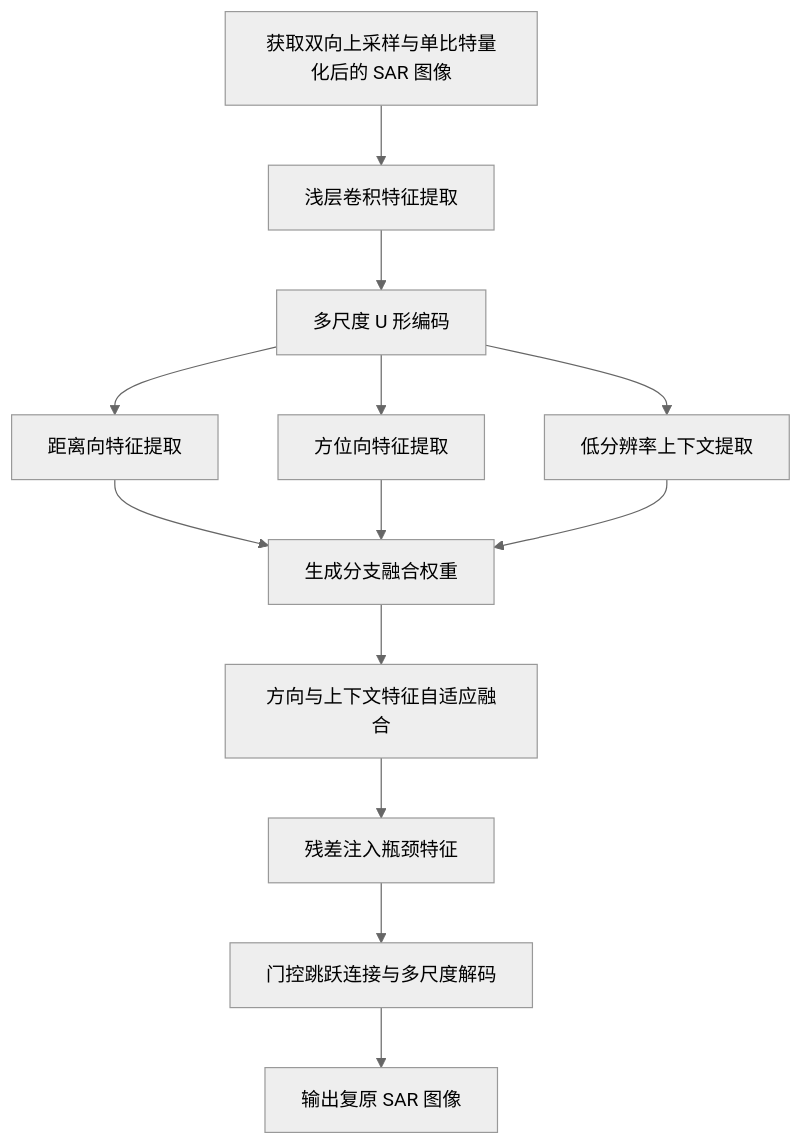
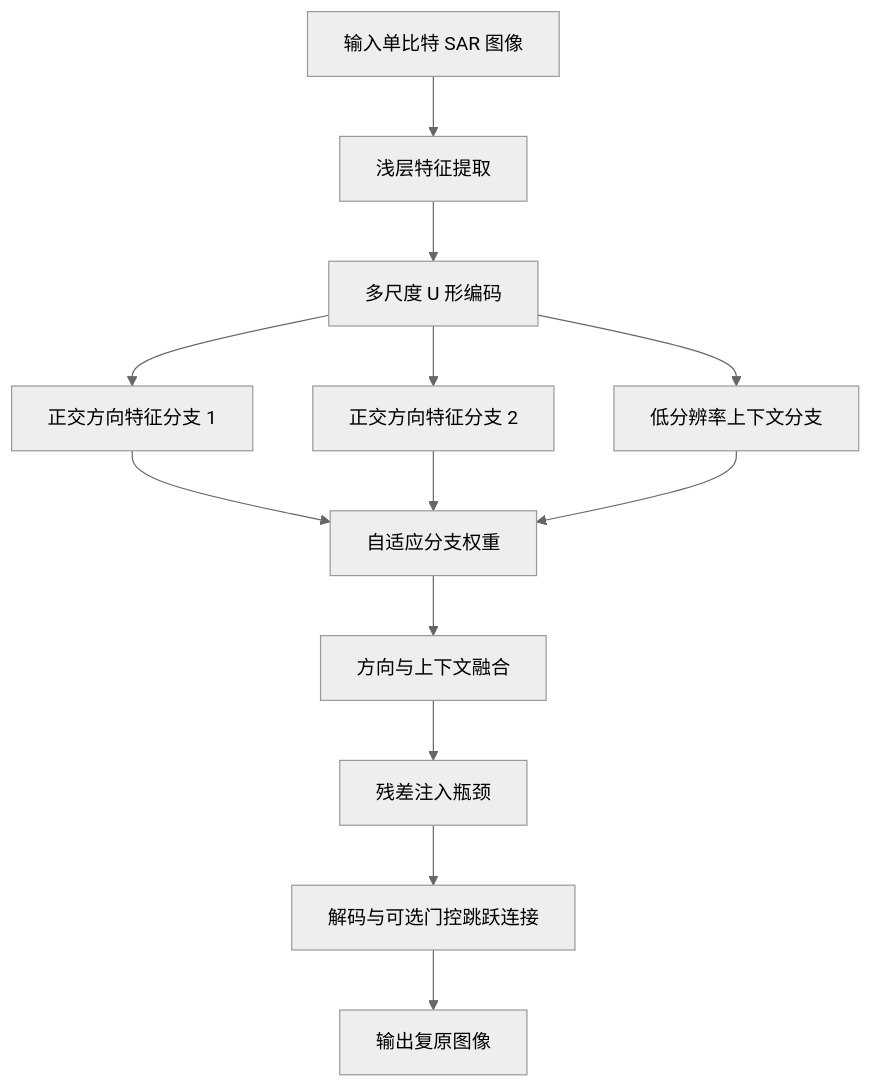
Before and after one commit to deathend110/BARU_Unet: the seventh of 8 diagrams in NAFNet模型改进建议.md, drawn with Mermaid (neutral theme). The commit also changed other lines of this file, not shown here.

````diff
--- a/NAFNet模型改进建议.md
+++ b/NAFNet模型改进建议.md
@@ -635,15 +813,15 @@
 ```mermaid
 flowchart TD
-    S1[获取双向上采样与单比特量化后的 SAR 图像] --> S2[浅层卷积特征提取]
+    S1[输入单比特 SAR 图像] --> S2[浅层特征提取]
     S2 --> S3[多尺度 U 形编码]
-    S3 --> S4[距离向特征提取]
-    S3 --> S5[方位向特征提取]
-    S3 --> S6[低分辨率上下文提取]
-    S4 --> S7[生成分支融合权重]
+    S3 --> S4[正交方向特征分支 1]
+    S3 --> S5[正交方向特征分支 2]
+    S3 --> S6[低分辨率上下文分支]
+    S4 --> S7[自适应分支权重]
     S5 --> S7
     S6 --> S7
-    S7 --> S8[方向与上下文特征自适应融合]
-    S8 --> S9[残差注入瓶颈特征]
-    S9 --> S10[门控跳跃连接与多尺度解码]
-    S10 --> S11[输出复原 SAR 图像]
+    S7 --> S8[方向与上下文融合]
+    S8 --> S9[残差注入瓶颈]
+    S9 --> S10[解码与可选门控跳跃连接]
+    S10 --> S11[输出复原图像]
 ```
````
